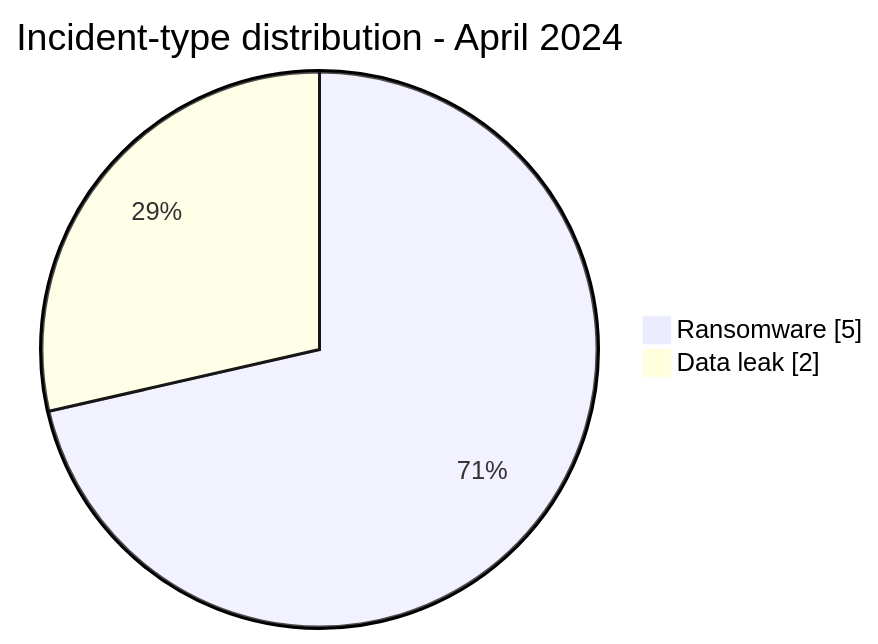
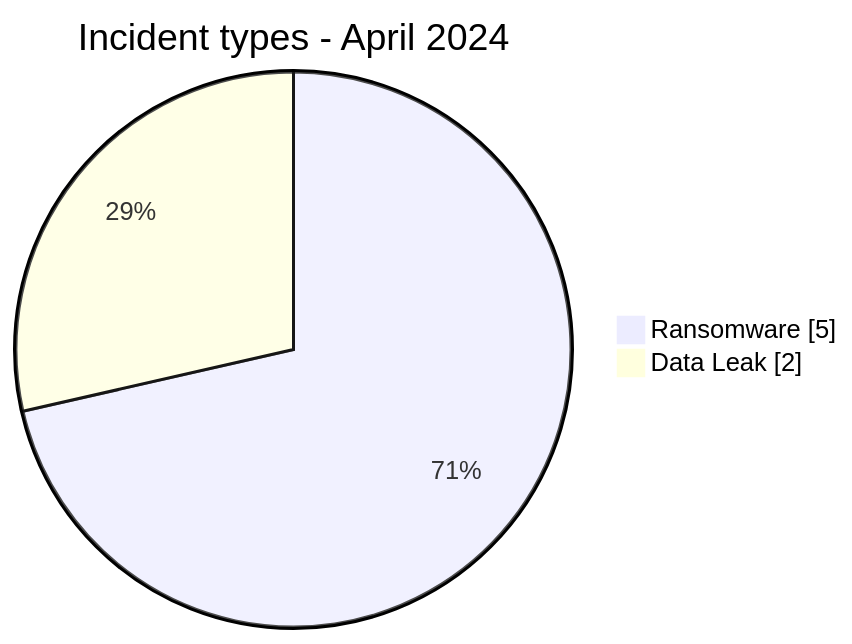
Before and after one commit to Hatchepsoute/AFRINTEL: the first of 3 diagrams in CyberAttackAfrica/2024/04-april/README.md, drawn with Mermaid. The commit also changed other lines of this file and 60 other files, not shown here.

````diff
--- a/CyberAttackAfrica/2024/04-april/README.md
+++ b/CyberAttackAfrica/2024/04-april/README.md
@@ -53,6 +53,6 @@
 ```mermaid
 pie showData
-    title Incident-type distribution - April 2024
+    title Incident types - April 2024
     "Ransomware" : 5
-    "Data leak" : 2
+    "Data Leak" : 2
 ```
````
